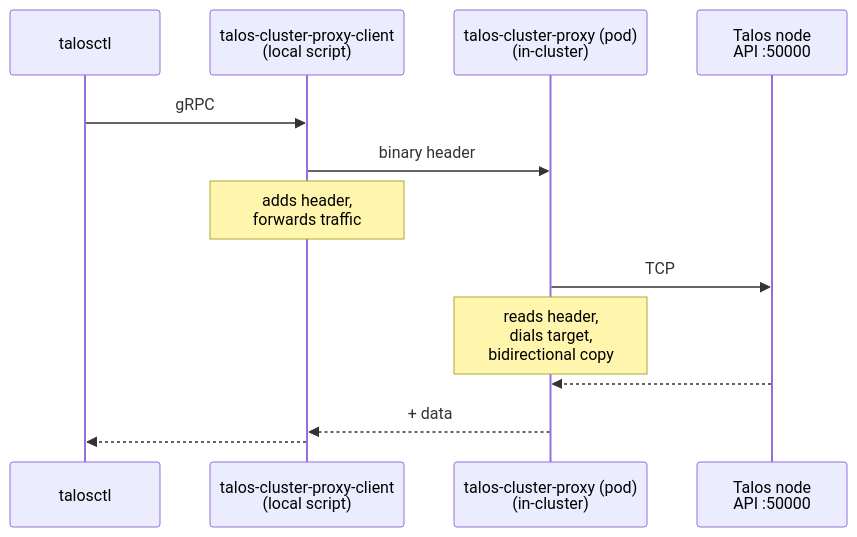
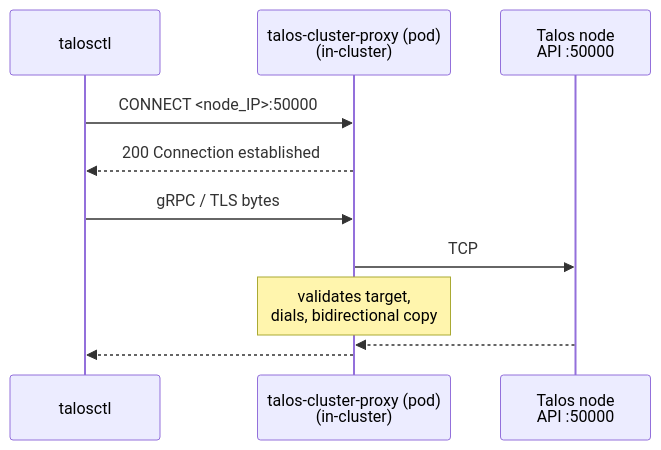
The diagram in README.md (kommodity-io/talos-cluster-proxy), drawn with Mermaid before and after one commit. The commit also changed other lines of this file and 6 other files, not shown here.

````diff
--- a/README.md
+++ b/README.md
@@ -98,16 +109,14 @@
 ```mermaid
 sequenceDiagram
       participant talosctl
-      participant client as talos-cluster-proxy-client<br/>(local script)
       participant proxy as talos-cluster-proxy (pod)<br/>(in-cluster)
       participant node as Talos node<br/>API :50000
 
-      talosctl->>client: gRPC
-      client->>proxy: binary header
-      Note over client: adds header,<br/>forwards traffic
+      talosctl->>proxy: CONNECT <node_IP>:50000
+      proxy-->>talosctl: 200 Connection established
+      talosctl->>proxy: gRPC / TLS bytes
       proxy->>node: TCP
-      Note over proxy: reads header,<br/>dials target,<br/>bidirectional copy
+      Note over proxy: validates target,<br/>dials, bidirectional copy
       node-->>proxy:
-      proxy-->>client: + data
-      client-->>talosctl:
+      proxy-->>talosctl:
 ```
````
